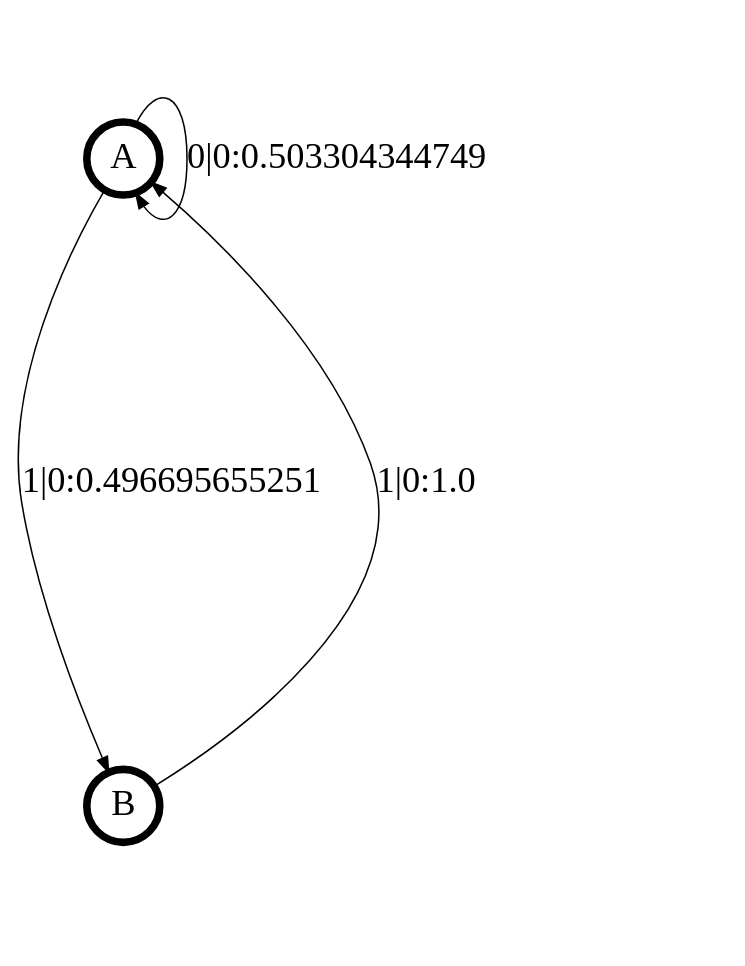
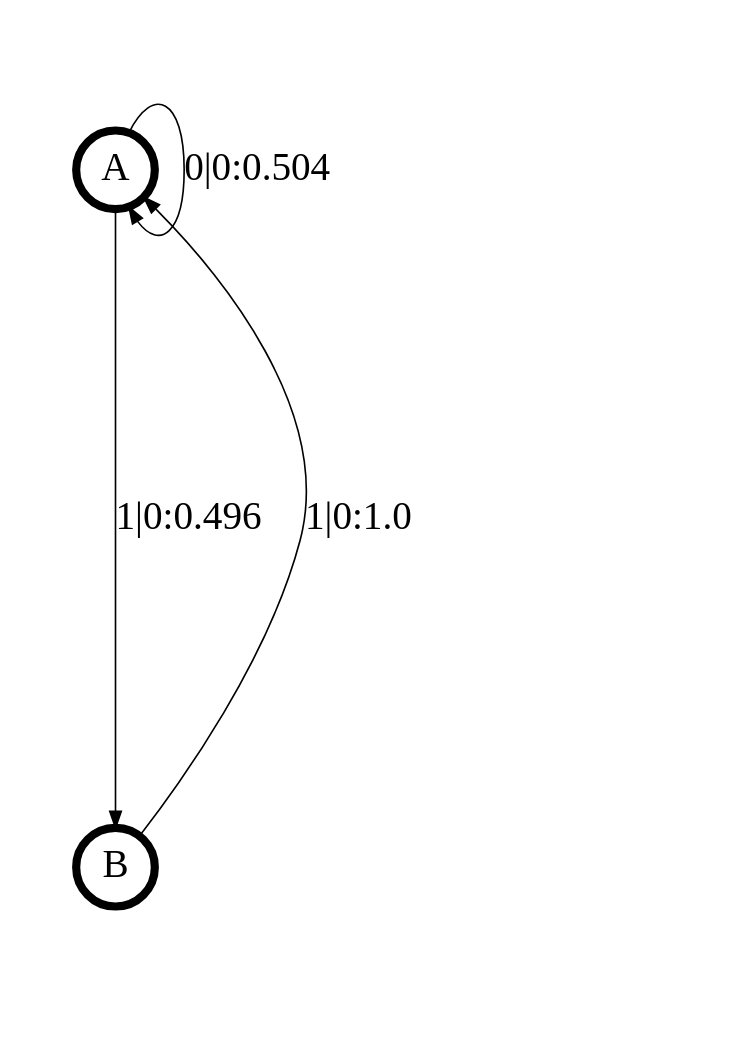
One commit to ddarmon/transCSSR changed the diagram in transCSSR_results/+even.dot. Above: the diagram before and after it, drawn with Graphviz. The commit also changed 3 other files, not shown here.

```diff
--- a/transCSSR_results/+even.dot
+++ b/transCSSR_results/+even.dot
@@ -1,15 +1,15 @@
 digraph  {
 size = "6,8.5";
 ratio = "fill";
 node
 [shape = circle];
 node [fontsize = 24];
 node [penwidth = 5];
 edge [fontsize = 24];
 node [fontname = "CMU Serif Roman"];
 graph [fontname = "CMU Serif Roman"];
 edge [fontname = "CMU Serif Roman"];
-A -> A [label = "0|0:0.503304344749\l"];
-A -> B [label = "1|0:0.496695655251\l"];
+A -> A [label = "0|0:0.504\l"];
+A -> B [label = "1|0:0.496\l"];
 B -> A [label = "1|0:1.0\l"];
 }
```
